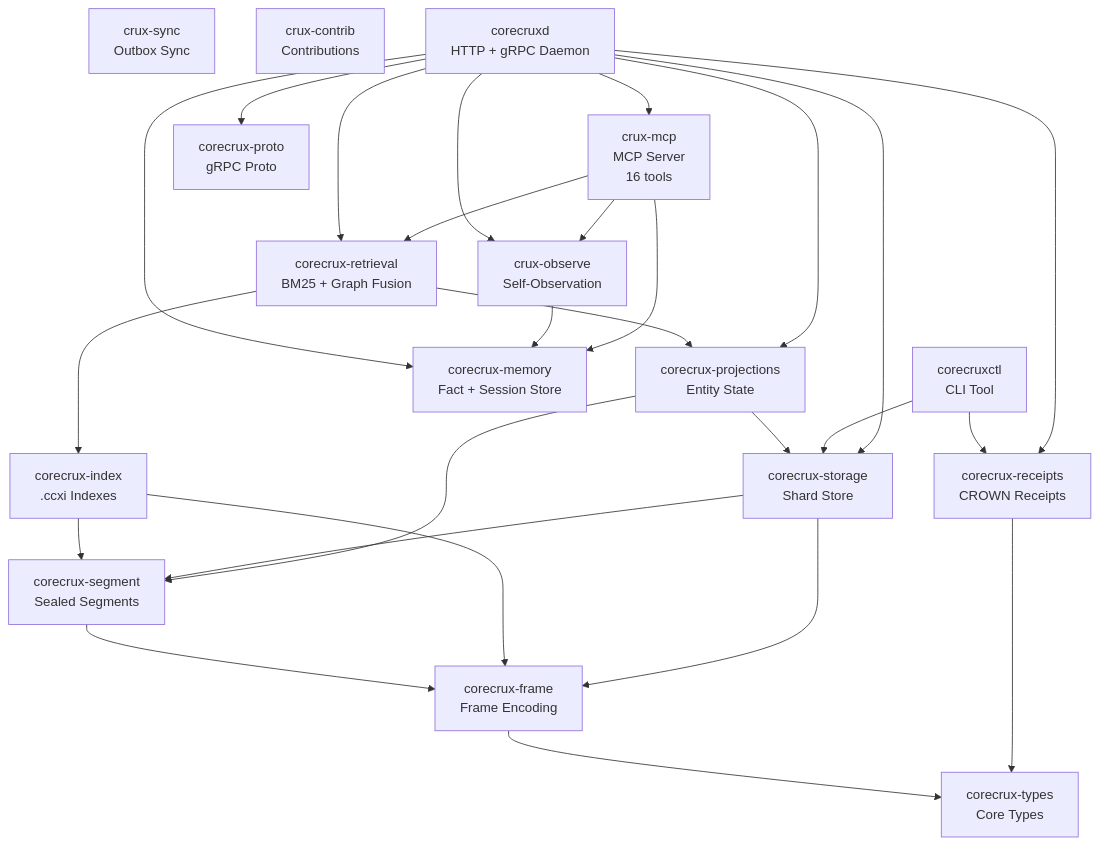
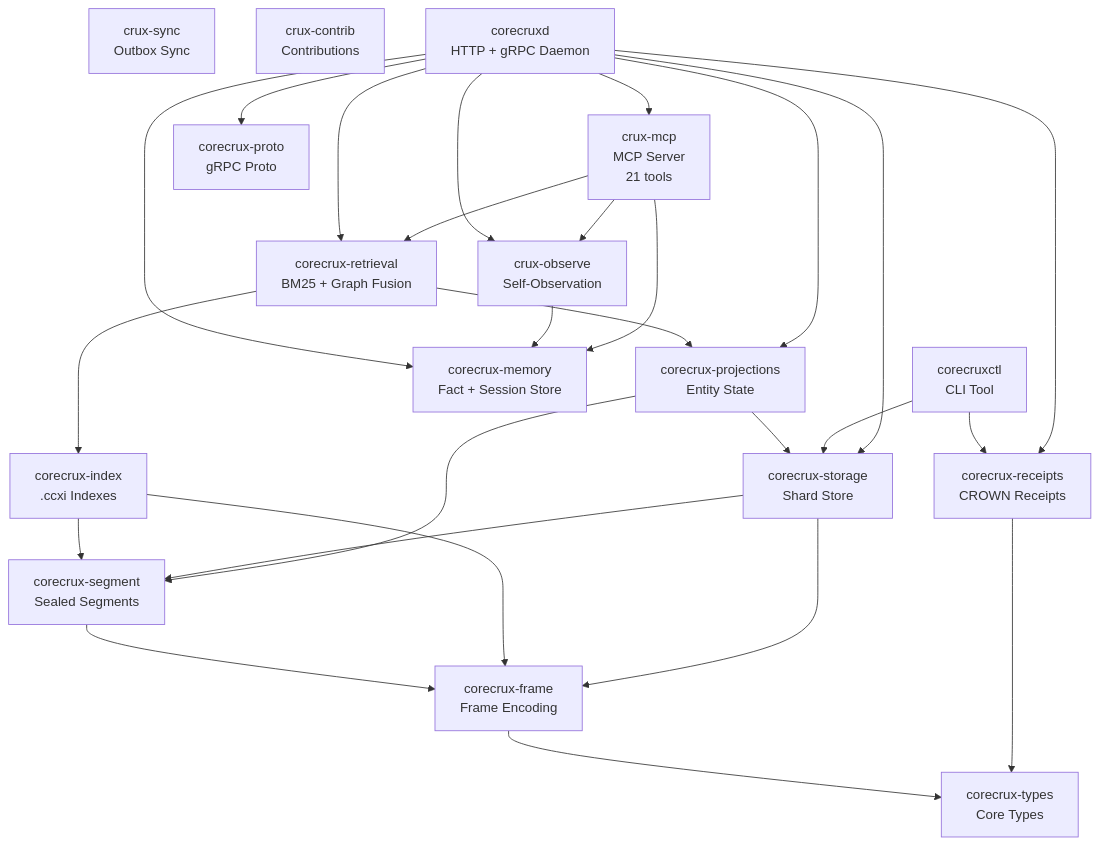
One commit to CueCrux/Crux changed the diagram in docs/architecture.md. Above: the diagram before and after it, drawn with Mermaid. The commit also changed other lines of this file and 20 other files, not shown here.

````diff
--- a/docs/architecture.md
+++ b/docs/architecture.md
@@ -5,45 +5,45 @@
 ```mermaid
 graph TD
-    cruxmcp[crux-mcp<br/>MCP Server<br/>16 tools]
+    cruxmcp[crux-mcp<br/>MCP Server<br/>21 tools]
     observe[crux-observe<br/>Self-Observation]
     sync[crux-sync<br/>Outbox Sync]
     contrib[crux-contrib<br/>Contributions]
     corecruxd[corecruxd<br/>HTTP + gRPC Daemon]
     corecruxctl[corecruxctl<br/>CLI Tool]
     retrieval[corecrux-retrieval<br/>BM25 + Graph Fusion]
     memory[corecrux-memory<br/>Fact + Session Store]
     projections[corecrux-projections<br/>Entity State]
     receipts[corecrux-receipts<br/>CROWN Receipts]
     storage[corecrux-storage<br/>Shard Store]
     index[corecrux-index<br/>.ccxi Indexes]
     segment[corecrux-segment<br/>Sealed Segments]
     frame[corecrux-frame<br/>Frame Encoding]
     types[corecrux-types<br/>Core Types]
     proto[corecrux-proto<br/>gRPC Proto]
 
     cruxmcp --> memory
     cruxmcp --> retrieval
     cruxmcp --> observe
     observe --> memory
     corecruxd --> cruxmcp
     corecruxd --> observe
     corecruxd --> memory
     corecruxd --> retrieval
     corecruxd --> projections
     corecruxd --> receipts
     corecruxd --> storage
     corecruxd --> proto
     corecruxctl --> storage
     corecruxctl --> receipts
     retrieval --> index
     retrieval --> projections
     projections --> storage
     projections --> segment
     storage --> segment
     storage --> frame
     index --> segment
     index --> frame
     segment --> frame
     receipts --> types
     frame --> types
 ```
````
